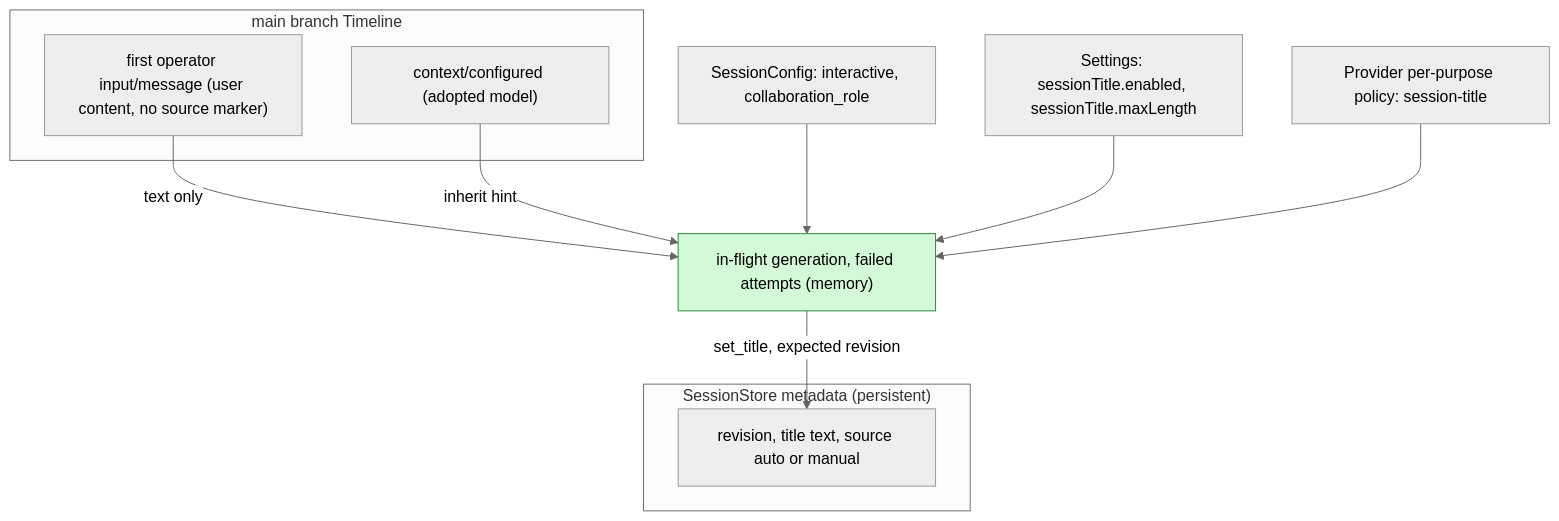
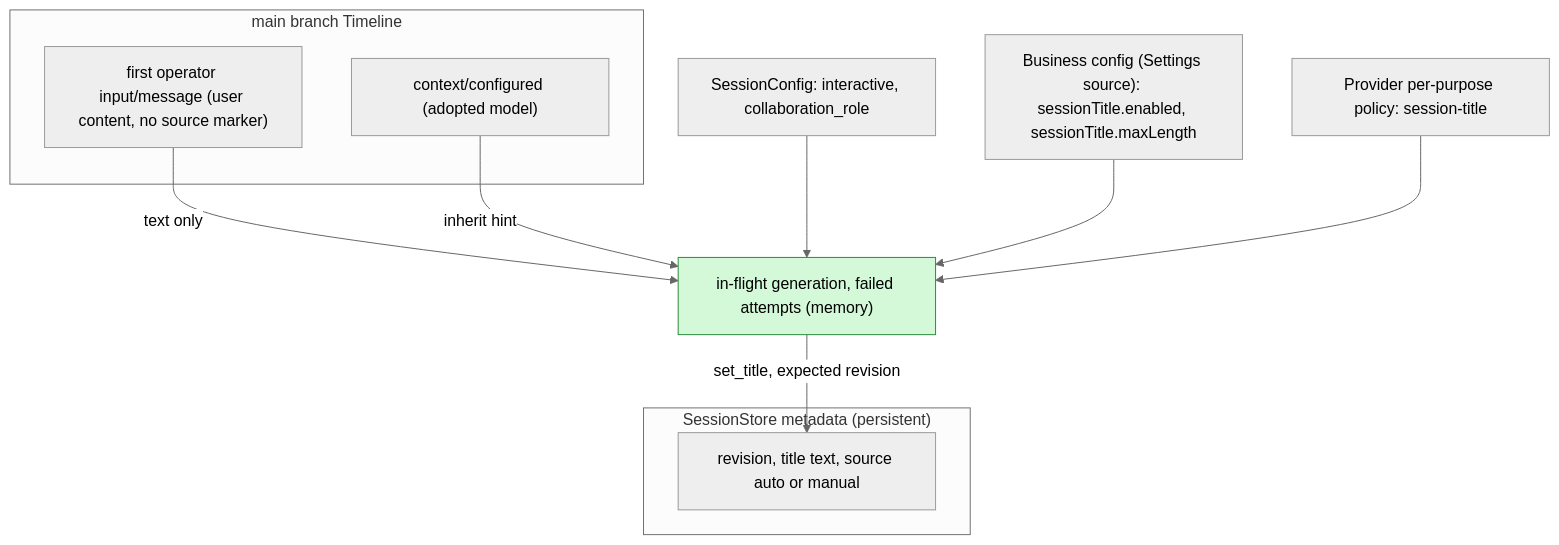
One commit to CoutinhoTTS/dim-agent changed the second of 5 diagrams in docs/design/plugins/SessionTitle.md. Above: the diagram before and after it, drawn with Mermaid (neutral theme). The commit also changed other lines of this file and 3 other files, not shown here.

````diff
--- a/docs/design/plugins/SessionTitle.md
+++ b/docs/design/plugins/SessionTitle.md
@@ -43,21 +43,21 @@
 ```mermaid
 flowchart TB
   subgraph TLM["main branch Timeline"]
     FUI["first operator input/message (user content, no source marker)"]
     CC["context/configured (adopted model)"]
   end
   subgraph STORE["SessionStore metadata (persistent)"]
     MD["revision, title text, source auto or manual"]
   end
   CONF["SessionConfig: interactive, collaboration_role"]
-  CFG["Settings: sessionTitle.enabled, sessionTitle.maxLength"]
+  CFG["Business config (Settings source): sessionTitle.enabled, sessionTitle.maxLength"]
   POL["Provider per-purpose policy: session-title"]
   MEM["in-flight generation, failed attempts (memory)"]:::new
   FUI -->|"text only"| MEM
   CC -->|"inherit hint"| MEM
   CONF --> MEM
   CFG --> MEM
   POL --> MEM
   MEM -->|"set_title, expected revision"| MD
   classDef new fill:#d3f9d8,stroke:#2b8a3e,color:#000
 ```
````
